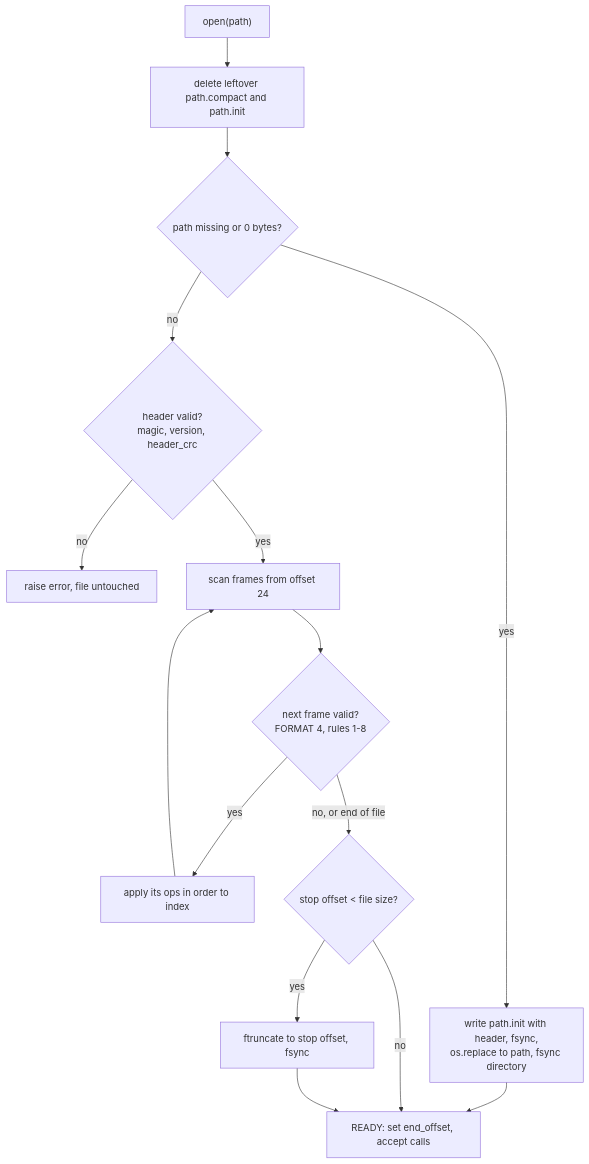
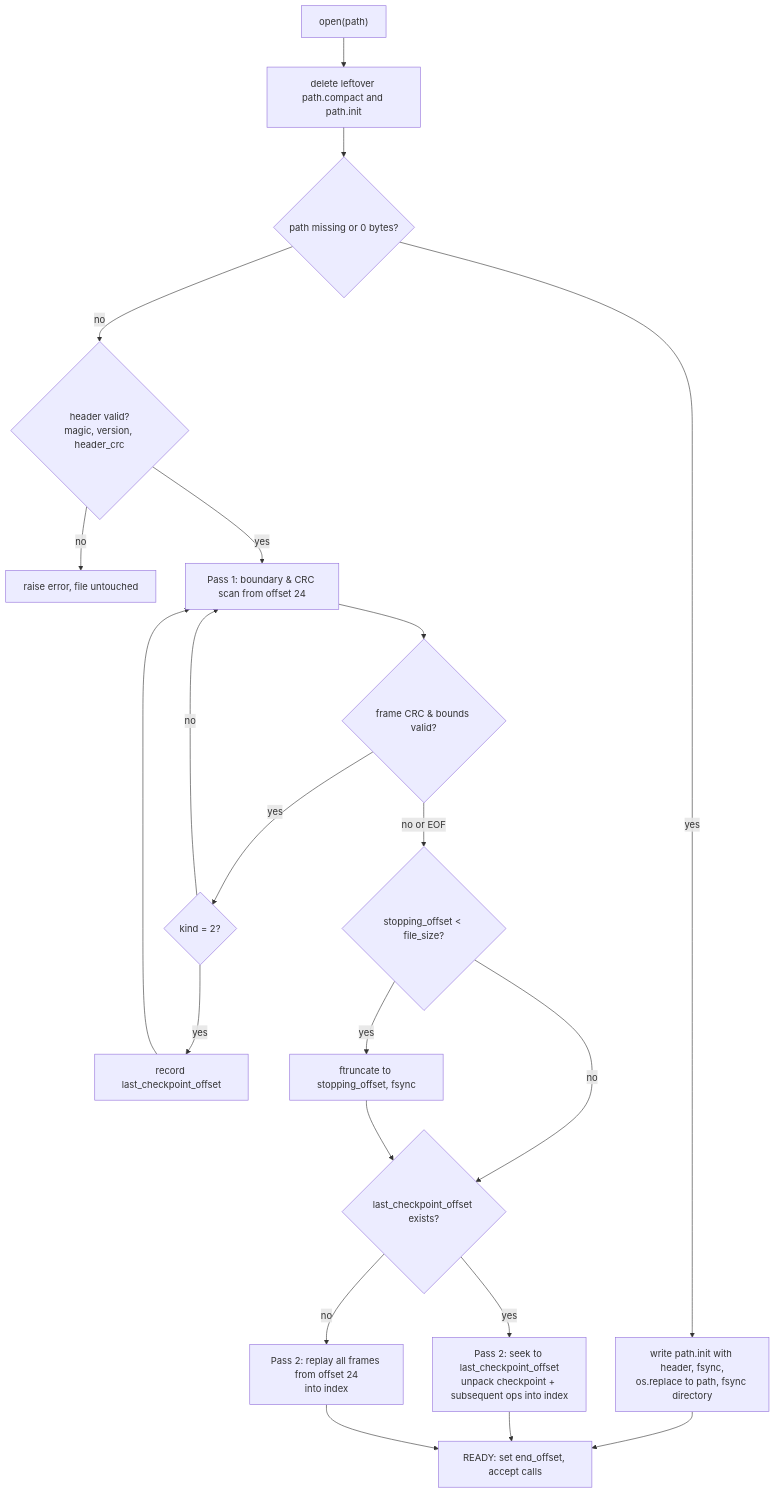
One commit to Jagadish-s-naik/BinaryV2-KVDB changed the third of 4 diagrams in ARCHITECTURE.md. Above: the diagram before and after it, drawn with Mermaid. The commit also changed other lines of this file and 17 other files, not shown here.

Commit message:
feat: add checkpoint frames, group commit, and fast recovery support

````diff
--- a/ARCHITECTURE.md
+++ b/ARCHITECTURE.md
@@ -92,17 +96,23 @@
 ```mermaid
 flowchart TB
     O1["open(path)"] --> O2["delete leftover path.compact and path.init"]
     O2 --> O3{"path missing or 0 bytes?"}
     O3 -- yes --> N1["write path.init with header, fsync,<br/>os.replace to path, fsync directory"]
     N1 --> READY
     O3 -- no --> O4{"header valid?<br/>magic, version, header_crc"}
     O4 -- no --> ERR["raise error, file untouched"]
-    O4 -- yes --> O5["scan frames from offset 24"]
-    O5 --> O6{"next frame valid?<br/>FORMAT 4, rules 1-8"}
-    O6 -- yes --> O7["apply its ops in order to index"]
-    O7 --> O5
-    O6 -- "no, or end of file" --> O8{"stop offset < file size?"}
-    O8 -- yes --> O9["ftruncate to stop offset, fsync"]
-    O8 -- no --> READY
-    O9 --> READY["READY: set end_offset, accept calls"]
+    O4 -- yes --> O5["Pass 1: boundary & CRC scan from offset 24"]
+    O5 --> O6{"frame CRC & bounds valid?"}
+    O6 -- yes --> O7{"kind = 2?"}
+    O7 -- yes --> O7A["record last_checkpoint_offset"]
+    O7 -- no --> O5
+    O7A --> O5
+    O6 -- "no or EOF" --> O8{"stopping_offset < file_size?"}
+    O8 -- yes --> O9["ftruncate to stopping_offset, fsync"]
+    O8 -- no --> P2
+    O9 --> P2{"last_checkpoint_offset exists?"}
+    P2 -- yes --> P2A["Pass 2: seek to last_checkpoint_offset<br/>unpack checkpoint + subsequent ops into index"]
+    P2 -- no --> P2B["Pass 2: replay all frames from offset 24<br/>into index"]
+    P2A --> READY["READY: set end_offset, accept calls"]
+    P2B --> READY
 ```
````
